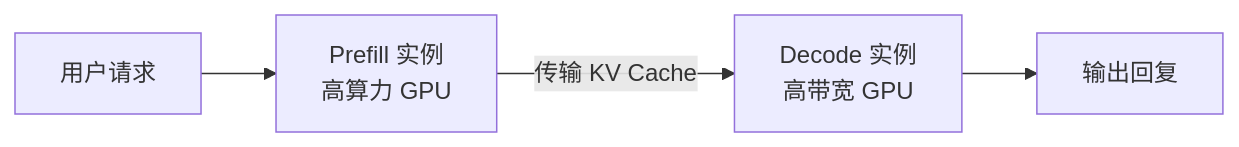
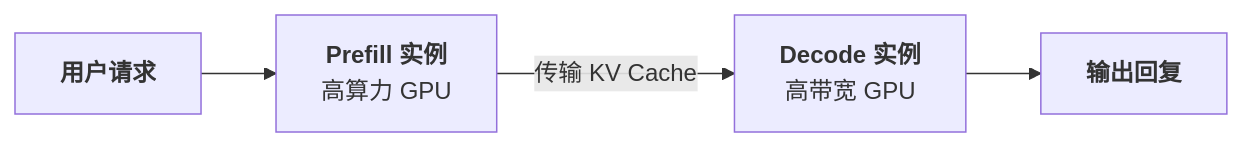
One commit to fenixsoft/dmla changed the second of 3 diagrams in docs/language-models/reasoning/inference-efficiency.md. Above: the diagram before and after it, drawn with Mermaid. The commit also changed other lines of this file and 46 other files, not shown here.

````diff
--- a/docs/language-models/reasoning/inference-efficiency.md
+++ b/docs/language-models/reasoning/inference-efficiency.md
@@ -122,6 +76,6 @@
 ```mermaid compact
 graph LR
-    R["用户请求"] --> P["Prefill 实例<br>高算力 GPU"]
-    P -->|"传输 KV Cache"| D["Decode 实例<br>高带宽 GPU"]
-    D --> A["输出回复"]
+    R["<b>用户请求</b>"] --> P["<b>Prefill 实例</b><br>高算力 GPU"]
+    P -->|"传输 KV Cache"| D["<b>Decode 实例</b><br>高带宽 GPU"]
+    D --> A["<b>输出回复</b>"]
 ```
````
